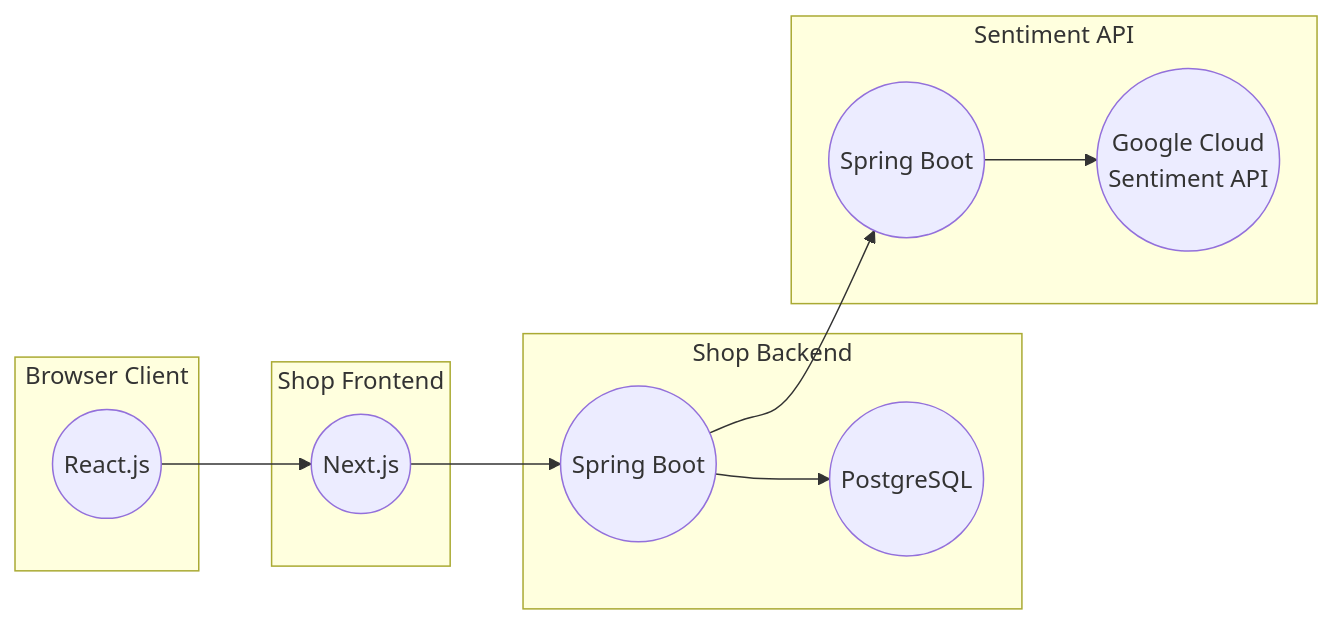
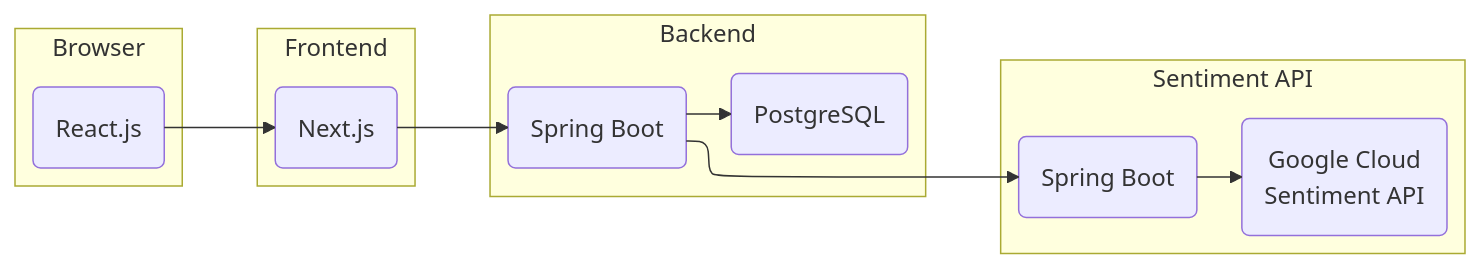
One commit to nais/examples changed the diagram in README.md. Above: the diagram before and after it, drawn with Mermaid.

Commit message:
Update diagram in README.md

````diff
--- a/README.md
+++ b/README.md
@@ -13,27 +13,32 @@
 ```mermaid
+---
+config:
+    flowchart:
+        defaultRenderer: elk
+---
 graph LR
-  subgraph Browser Client
-    A((React.js))
+  subgraph Browser
+    A(React.js)
   end
 
-  subgraph Shop Frontend
-    B((Next.js))
+  subgraph Frontend
+    B(Next.js)
   end
 
-  subgraph Shop Backend
-    C((Spring Boot))
-    D((PostgreSQL))
+  subgraph Backend
+    C(Spring Boot)
+    D(PostgreSQL)
   end
 
   subgraph Sentiment API
-    E((Spring Boot))
-    F((Google Cloud<br>Sentiment API))
+    E(Spring Boot)
+    F(Google Cloud<br>Sentiment API)
   end
 
   A --> B
   B --> C
   C --> D
   C --> E
   E --> F
 
 ```
````
